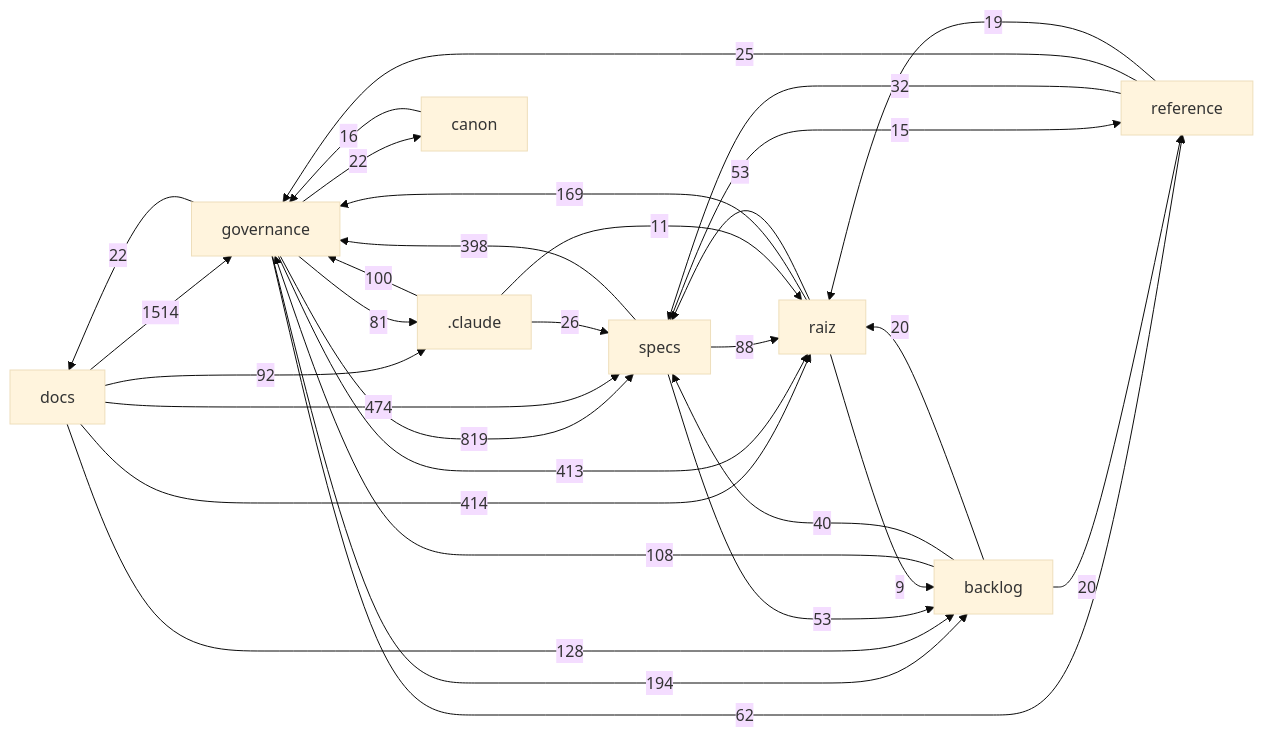
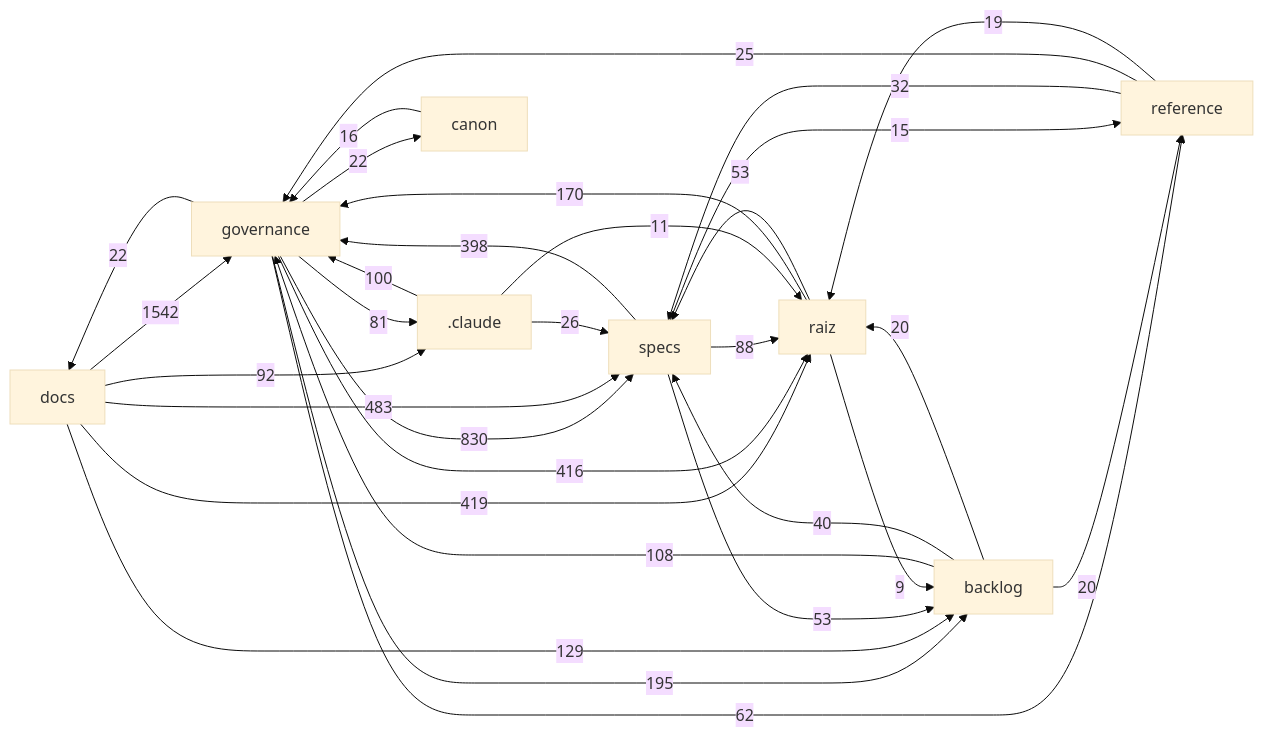
Before and after one commit to Andraus35/Sistema-Operacional-de-Trading--SOT: the diagram in docs/mapa/MAPA-PROJETO.md, drawn with Mermaid (base theme). The commit also changed other lines of this file and 12 other files, not shown here.

````diff
--- a/docs/mapa/MAPA-PROJETO.md
+++ b/docs/mapa/MAPA-PROJETO.md
@@ -29,33 +29,33 @@
 ```mermaid
 flowchart LR
-  docs["docs"] -->|1514| governance["governance"]
-  governance["governance"] -->|819| specs["specs"]
-  docs["docs"] -->|474| specs["specs"]
-  docs["docs"] -->|414| raiz["raiz"]
-  governance["governance"] -->|413| raiz["raiz"]
+  docs["docs"] -->|1542| governance["governance"]
+  governance["governance"] -->|830| specs["specs"]
+  docs["docs"] -->|483| specs["specs"]
+  docs["docs"] -->|419| raiz["raiz"]
+  governance["governance"] -->|416| raiz["raiz"]
   specs["specs"] -->|398| governance["governance"]
-  governance["governance"] -->|194| backlog["backlog"]
-  raiz["raiz"] -->|169| governance["governance"]
-  docs["docs"] -->|128| backlog["backlog"]
+  governance["governance"] -->|195| backlog["backlog"]
+  raiz["raiz"] -->|170| governance["governance"]
+  docs["docs"] -->|129| backlog["backlog"]
   backlog["backlog"] -->|108| governance["governance"]
   _claude[".claude"] -->|100| governance["governance"]
   docs["docs"] -->|92| _claude[".claude"]
   specs["specs"] -->|88| raiz["raiz"]
   governance["governance"] -->|81| _claude[".claude"]
   governance["governance"] -->|62| reference["reference"]
   raiz["raiz"] -->|53| specs["specs"]
   specs["specs"] -->|53| backlog["backlog"]
   backlog["backlog"] -->|40| specs["specs"]
   reference["reference"] -->|32| specs["specs"]
   _claude[".claude"] -->|26| specs["specs"]
   reference["reference"] -->|25| governance["governance"]
   governance["governance"] -->|22| docs["docs"]
   governance["governance"] -->|22| canon["canon"]
   backlog["backlog"] -->|20| raiz["raiz"]
   backlog["backlog"] -->|20| reference["reference"]
   reference["reference"] -->|19| raiz["raiz"]
   canon["canon"] -->|16| governance["governance"]
   specs["specs"] -->|15| reference["reference"]
   _claude[".claude"] -->|11| raiz["raiz"]
   raiz["raiz"] -->|9| backlog["backlog"]
 ```
````
